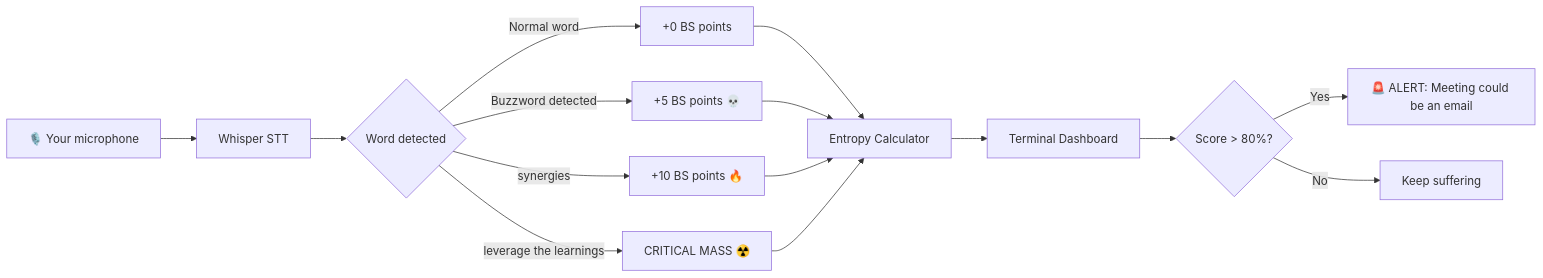
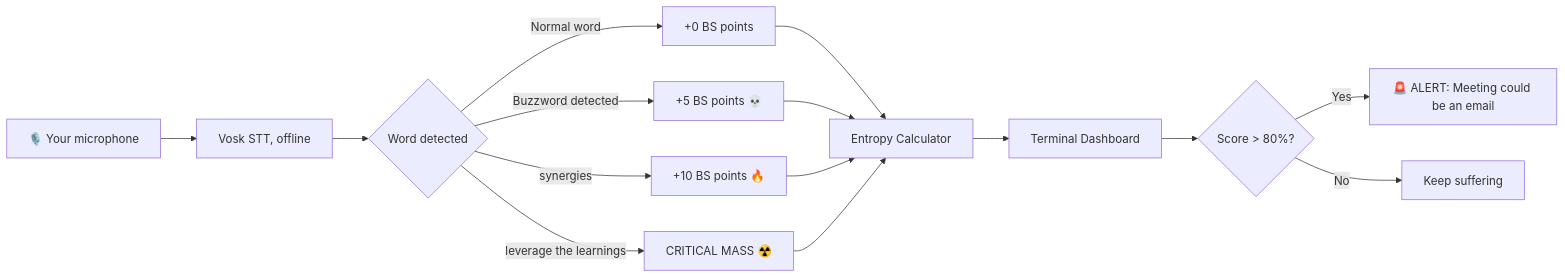
The second of 6 diagrams in README.md (kevin-sigmoid-org/meeting-entropy), drawn with Mermaid before and after one commit. The commit also changed other lines of this file, not shown here.

````diff
--- a/README.md
+++ b/README.md
@@ -69,17 +69,17 @@
 ```mermaid
 flowchart LR
-    A[🎙️ Your microphone] --> B[Whisper STT]
+    A[🎙️ Your microphone] --> B[Vosk STT, offline]
     B --> C{Word detected}
     C -->|Normal word| D[+0 BS points]
     C -->|Buzzword detected| E[+5 BS points 💀]
     C -->|"synergies"| F[+10 BS points 🔥]
     C -->|"leverage the learnings"| G[CRITICAL MASS ☢️]
     D --> H[Entropy Calculator]
     E --> H
     F --> H
     G --> H
     H --> I[Terminal Dashboard]
     I --> J{Score > 80%?}
     J -->|Yes| K[🚨 ALERT: Meeting could be an email]
     J -->|No| L[Keep suffering]
 ```
````
